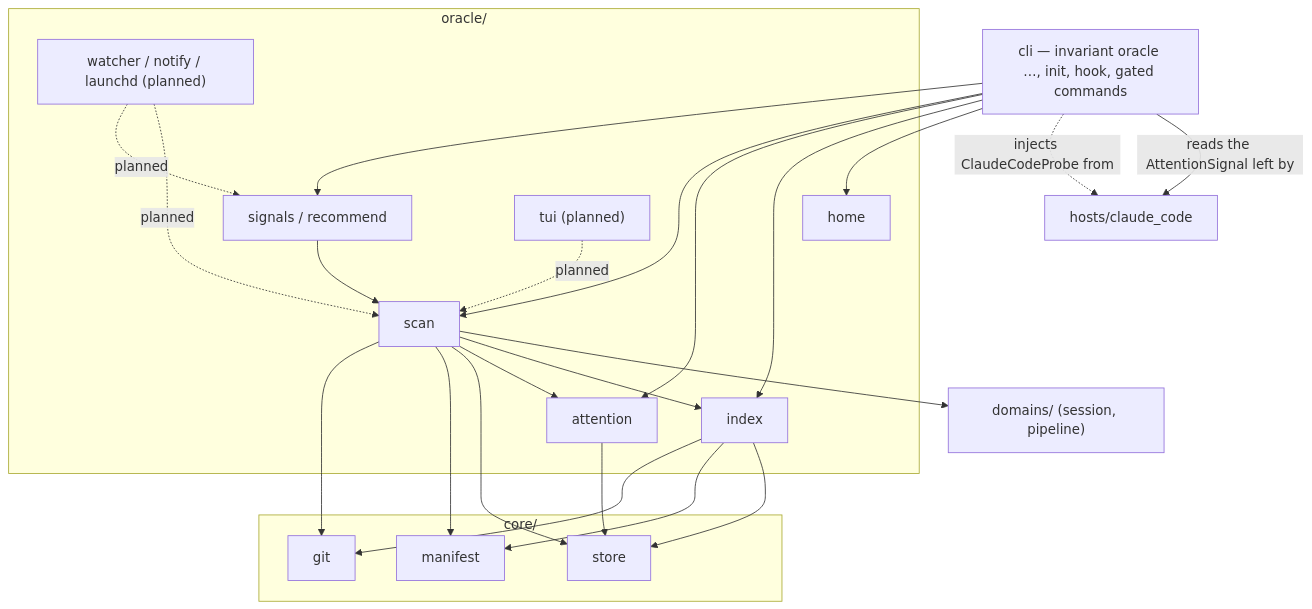
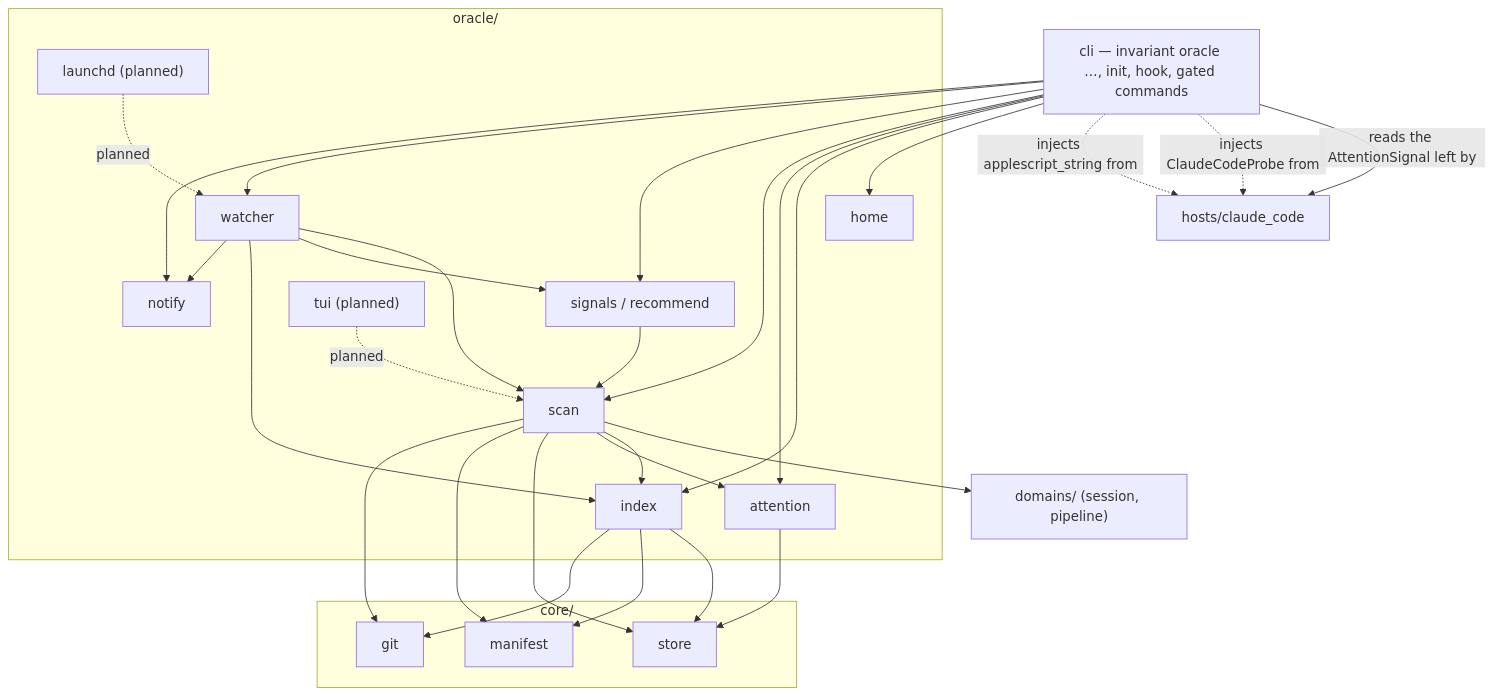
Before and after one commit to Mindchallenges/Invariant: the diagram in docs/architecture/oracle.md, drawn with Mermaid. The commit also changed other lines of this file and 12 other files, not shown here.

First line of the commit message:
oracle - watcher, alert ledger, macOS notifier, oracle watch (IDEA_012 inc 4)

````diff
--- a/docs/architecture/oracle.md
+++ b/docs/architecture/oracle.md
@@ -24,45 +24,53 @@
 ```mermaid
 graph TD
     CLI[cli — invariant oracle …, init, hook, gated commands]
     HOST["hosts/claude_code"]
 
     subgraph oracle["oracle/"]
         HOME[home]
         INDEX[index]
         ATTN[attention]
         SCAN[scan]
         SIGNALS["signals / recommend"]
-        WATCH["watcher / notify / launchd (planned)"]
+        WATCH[watcher]
+        NOTIFY[notify]
+        LAUNCHD["launchd (planned)"]
         TUI["tui (planned)"]
     end
 
     subgraph core["core/"]
         STORE[store]
         MANIFEST[manifest]
         GIT[git]
     end
 
     DOMAINS["domains/ (session, pipeline)"]
 
     CLI --> HOME
     CLI --> INDEX
     CLI --> ATTN
     CLI --> SCAN
     CLI --> SIGNALS
     CLI -- reads the AttentionSignal left by --> HOST
+    CLI --> WATCH
+    CLI --> NOTIFY
     CLI -. injects ClaudeCodeProbe from .-> HOST
+    CLI -. injects applescript_string from .-> HOST
     ATTN --> STORE
     INDEX --> STORE
     INDEX --> MANIFEST
     INDEX --> GIT
     SCAN --> DOMAINS
     SCAN --> INDEX
     SCAN --> ATTN
     SCAN --> STORE
     SCAN --> MANIFEST
     SCAN --> GIT
     SIGNALS --> SCAN
-    WATCH -. planned .-> SCAN
-    WATCH -. planned .-> SIGNALS
+    WATCH --> SCAN
+    WATCH --> SIGNALS
+    WATCH --> INDEX
+    WATCH --> NOTIFY
+    LAUNCHD -. planned .-> WATCH
     TUI -. planned .-> SCAN
 ```
````
